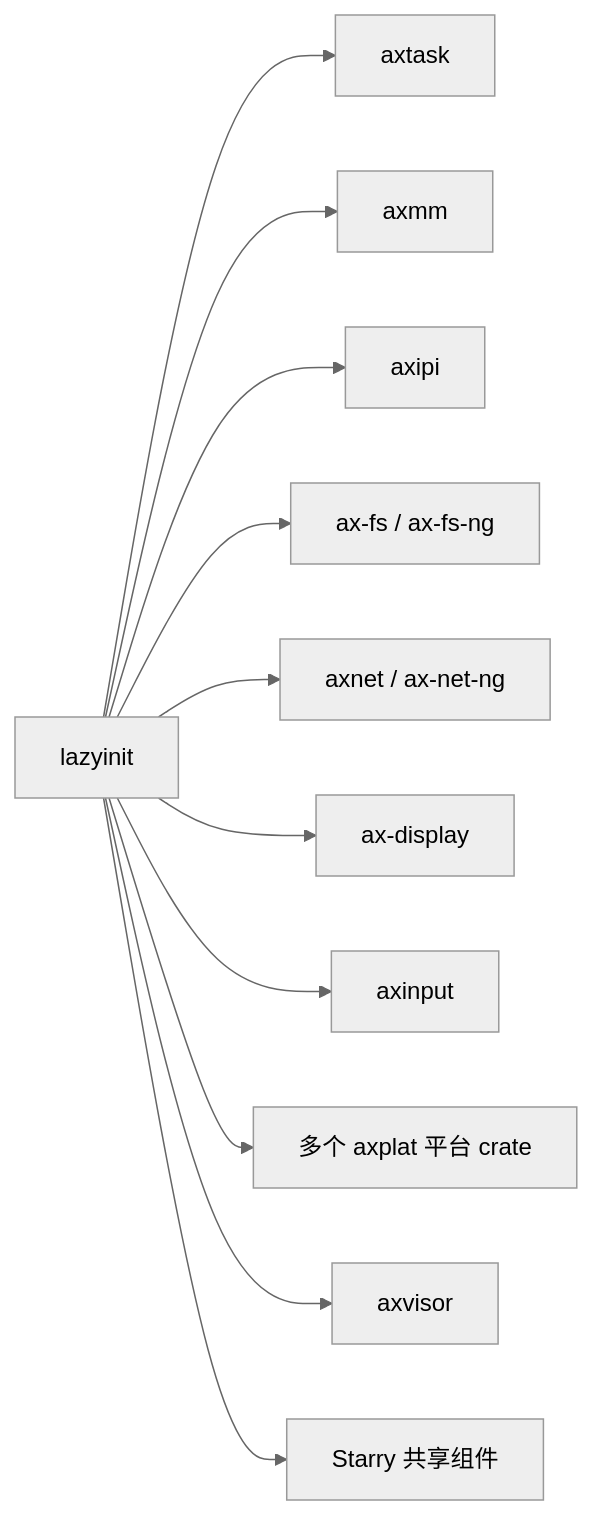
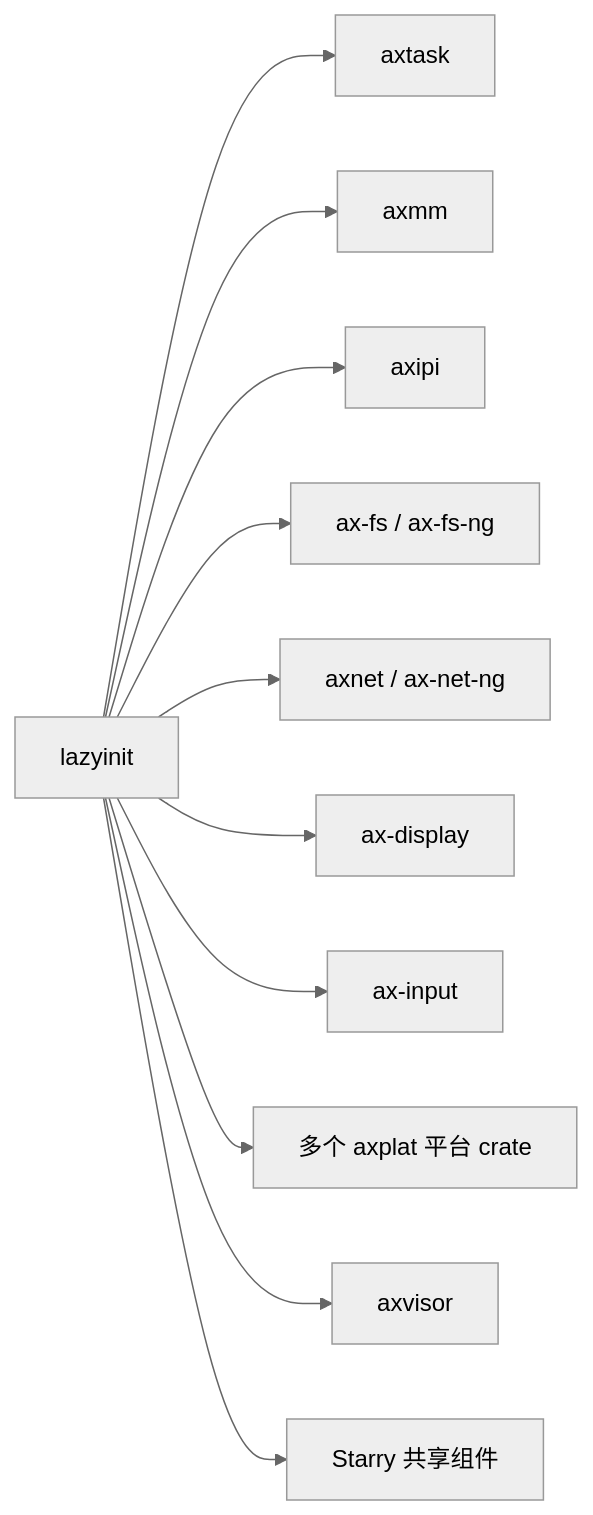
Before and after one commit to zKurisu/tgoskits: the second of 2 diagrams in docs/crates/lazyinit.md, drawn with Mermaid (neutral theme). The commit also changed other lines of this file and 26 other files, not shown here.

Commit message:
rename axinput to ax-input

````diff
--- a/docs/crates/lazyinit.md
+++ b/docs/crates/lazyinit.md
@@ -72,13 +72,13 @@
 ```mermaid
 graph LR
     lazyinit["lazyinit"] --> axtask["axtask"]
     lazyinit --> axmm["axmm"]
     lazyinit --> axipi["axipi"]
     lazyinit --> ax-fs["ax-fs / ax-fs-ng"]
     lazyinit --> axnet["axnet / ax-net-ng"]
     lazyinit --> ax-display["ax-display"]
-    lazyinit --> axinput["axinput"]
+    lazyinit --> ax-input["ax-input"]
     lazyinit --> axplat["多个 axplat 平台 crate"]
     lazyinit --> axvisor["axvisor"]
     lazyinit --> starry["Starry 共享组件"]
 ```
````
